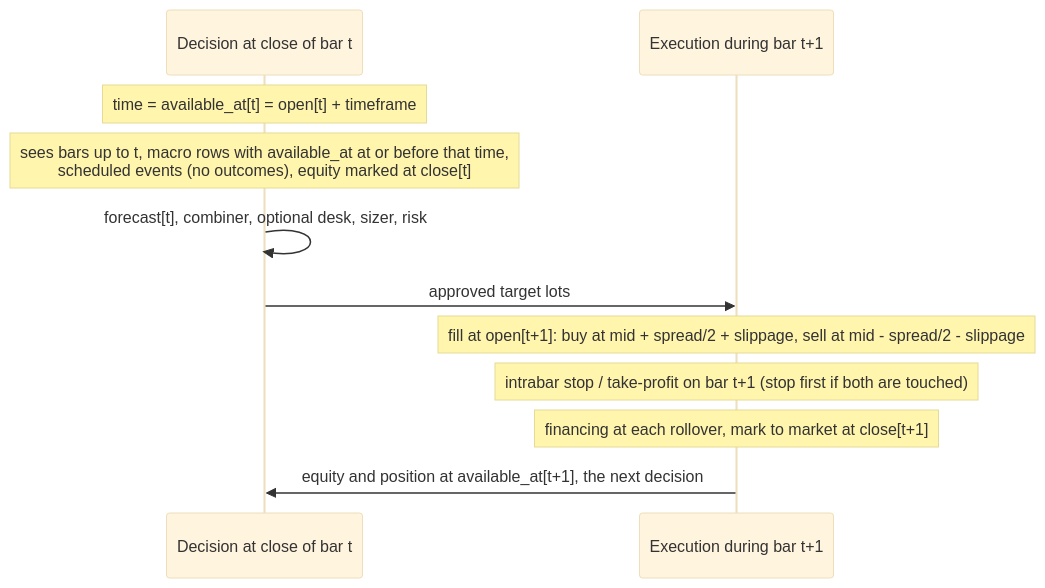
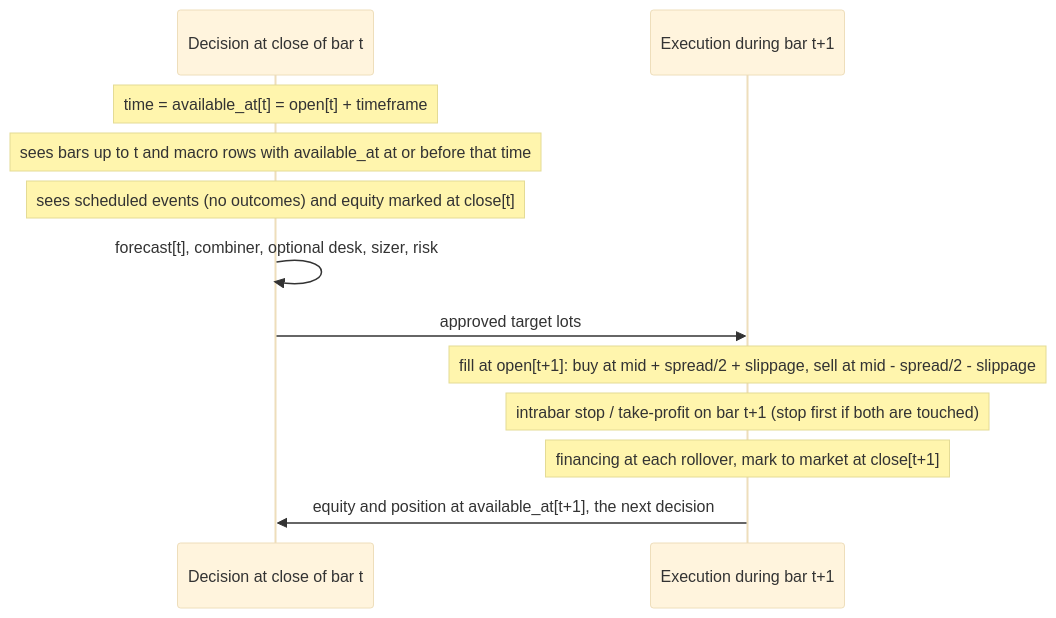
One commit to zero-was-here/tradingbot changed the fifth of 6 diagrams in docs/architecture.md. Above: the diagram before and after it, drawn with Mermaid (base theme). The commit also changed other lines of this file and 302 other files, not shown here.

First line of the commit message:
Docs v2.1: math, diagrams and real-data figures for every algorithm

````diff
--- a/docs/architecture.md
+++ b/docs/architecture.md
@@ -156,13 +329,14 @@
 ```mermaid
 sequenceDiagram
     participant D as Decision at close of bar t
     participant X as Execution during bar t+1
     Note over D: time = available_at[t] = open[t] + timeframe
-    Note over D: sees bars up to t, macro rows with available_at at or before that time,<br/>scheduled events (no outcomes), equity marked at close[t]
+    Note over D: sees bars up to t and macro rows with available_at at or before that time
+    Note over D: sees scheduled events (no outcomes) and equity marked at close[t]
     D->>D: forecast[t], combiner, optional desk, sizer, risk
     D->>X: approved target lots
     Note over X: fill at open[t+1]: buy at mid + spread/2 + slippage, sell at mid - spread/2 - slippage
     Note over X: intrabar stop / take-profit on bar t+1 (stop first if both are touched)
     Note over X: financing at each rollover, mark to market at close[t+1]
     X->>D: equity and position at available_at[t+1], the next decision
 ```
````
